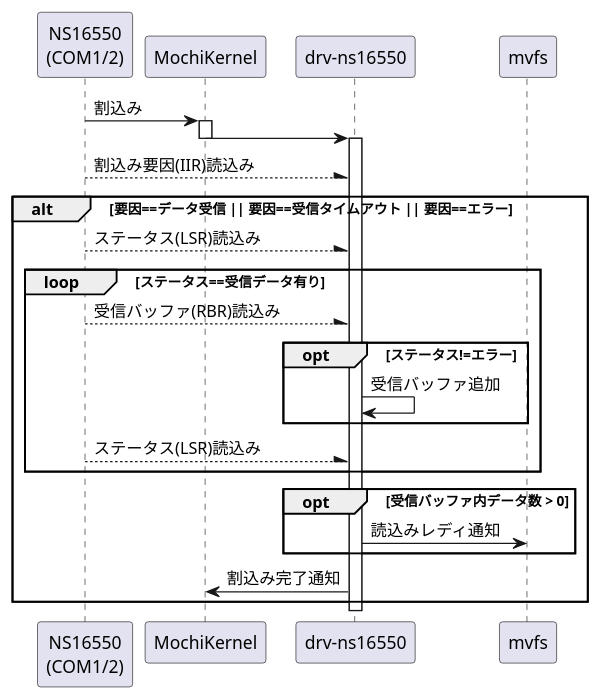
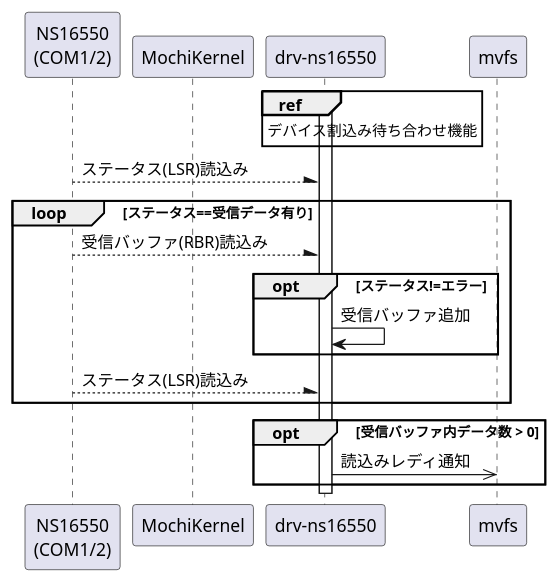
One commit to MasterMochi/drv-ns16550 changed the diagram in docs/docs/external/devrx/sequence.puml. Above: the diagram before and after it, drawn with PlantUML. The commit also changed 13 other files, not shown here.

```diff
--- a/docs/docs/external/devrx/sequence.puml
+++ b/docs/docs/external/devrx/sequence.puml
@@ -1,38 +1,31 @@
 @startuml
 
 participant "NS16550\n(COM1/2)" as dev
 participant "MochiKernel"       as kernel
 participant "drv-ns16550"       as drv
 participant mvfs
 
-dev -> kernel: 割込み
-activate kernel
-kernel -> drv:
-deactivate kernel
 activate drv
+ref over drv
+    デバイス割込み待ち合わせ機能
+end ref
 
-dev --\ drv: 割込み要因(IIR)読込み
+dev --\ drv: ステータス(LSR)読込み
+loop ステータス==受信データ有り
 
-alt 要因==データ受信 || 要因==受信タイムアウト || 要因==エラー
+    dev --\ drv: 受信バッファ(RBR)読込み
+
+    opt ステータス!=エラー
+        drv -> drv: 受信バッファ追加
+    end opt
 
     dev --\ drv: ステータス(LSR)読込み
-    loop ステータス==受信データ有り
+end loop
 
-        dev --\ drv: 受信バッファ(RBR)読込み
+opt 受信バッファ内データ数 > 0
+    drv ->> mvfs: 読込みレディ通知
+end opt
 
-        opt ステータス!=エラー
-            drv -> drv: 受信バッファ追加
-        end opt
-
-        dev --\ drv: ステータス(LSR)読込み
-    end loop
-
-    opt 受信バッファ内データ数 > 0
-        drv -> mvfs: 読込みレディ通知
-    end opt
-
-    kernel <- drv: 割込み完了通知
-end alt
 deactivate drv
 
 @enduml
```
